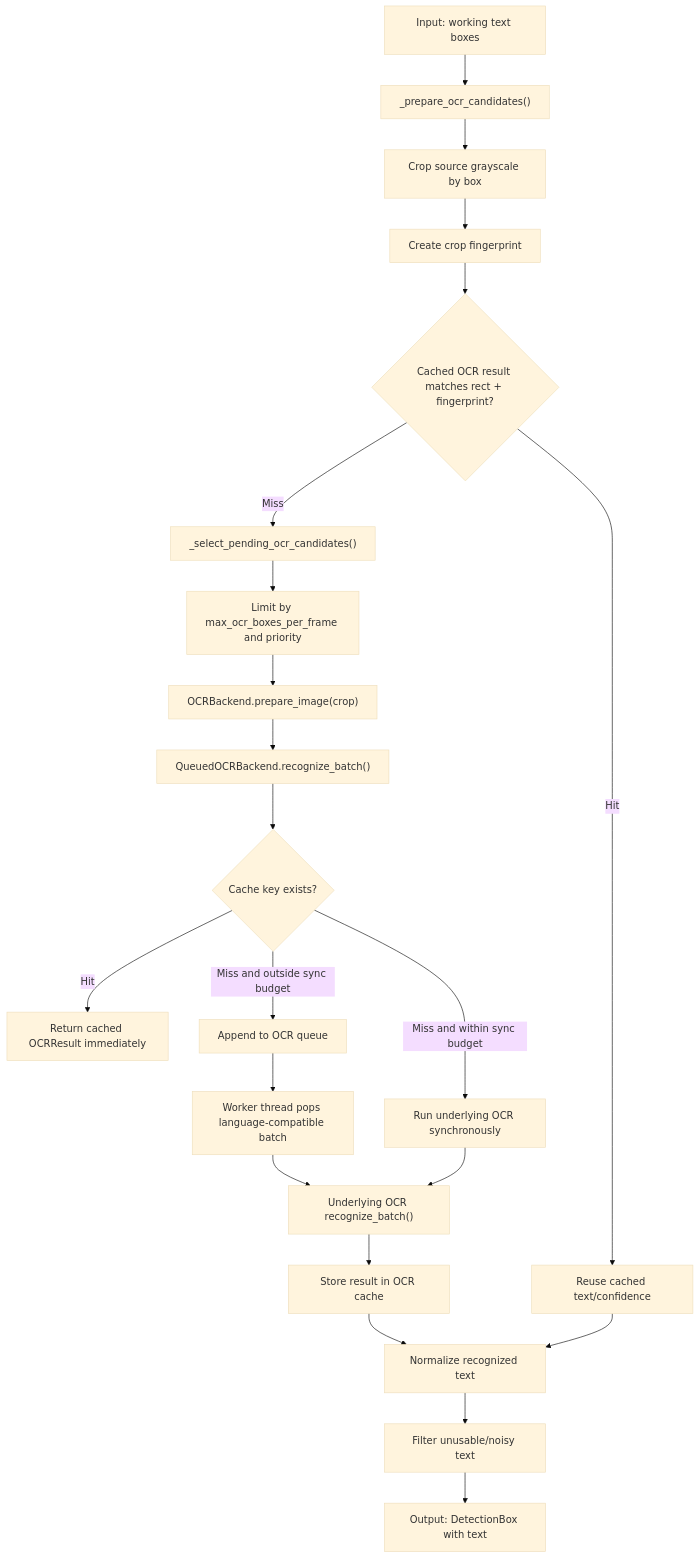
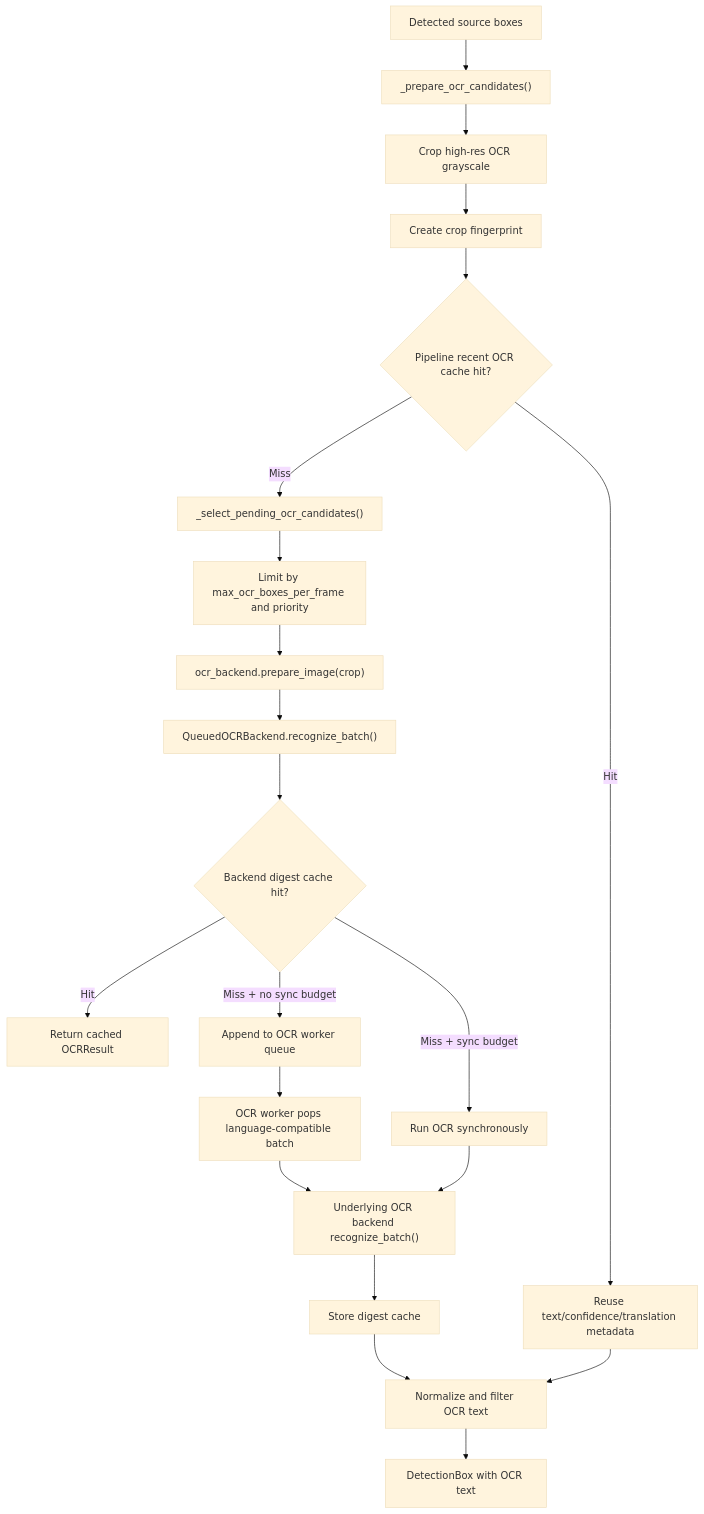
Before and after one commit to BU-Pacharapol-Ardsang/ScreenLens-Detection: the fourth of 9 diagrams in PIPELINE_MERMAID.md, drawn with Mermaid (base theme). The commit also changed other lines of this file and 4 other files, not shown here.

````diff
--- a/PIPELINE_MERMAID.md
+++ b/PIPELINE_MERMAID.md
@@ -143,29 +160,26 @@
 ```mermaid
 flowchart TD
-    A["Input: working text boxes"] --> B["_prepare_ocr_candidates()"]
-    B --> C["Crop source grayscale by box"]
+    A["Detected source boxes"] --> B["_prepare_ocr_candidates()"]
+    B --> C["Crop high-res OCR grayscale"]
     C --> D["Create crop fingerprint"]
-    D --> E{"Cached OCR result matches rect + fingerprint?"}
+    D --> E{"Pipeline recent OCR cache hit?"}
 
-    E -->|Hit| F["Reuse cached text/confidence"]
+    E -->|Hit| F["Reuse text/confidence/translation metadata"]
     E -->|Miss| G["_select_pending_ocr_candidates()"]
-
     G --> H["Limit by max_ocr_boxes_per_frame and priority"]
-    H --> I["OCRBackend.prepare_image(crop)"]
+    H --> I["ocr_backend.prepare_image(crop)"]
     I --> J["QueuedOCRBackend.recognize_batch()"]
 
-    J --> K{"Cache key exists?"}
-    K -->|Hit| L["Return cached OCRResult immediately"]
-    K -->|Miss and within sync budget| M["Run underlying OCR synchronously"]
-    K -->|Miss and outside sync budget| N["Append to OCR queue"]
+    J --> K{"Backend digest cache hit?"}
+    K -->|Hit| L["Return cached OCRResult"]
+    K -->|Miss + sync budget| M["Run OCR synchronously"]
+    K -->|Miss + no sync budget| N["Append to OCR worker queue"]
 
-    N --> O["Worker thread pops language-compatible batch"]
-    O --> P["Underlying OCR recognize_batch()"]
+    N --> O["OCR worker pops language-compatible batch"]
+    O --> P["Underlying OCR backend recognize_batch()"]
     M --> P
-
-    P --> Q["Store result in OCR cache"]
-    Q --> R["Normalize recognized text"]
+    P --> Q["Store digest cache"]
+    Q --> R["Normalize and filter OCR text"]
     F --> R
-    R --> S["Filter unusable/noisy text"]
-    S --> T["Output: DetectionBox with text"]
+    R --> S["DetectionBox with OCR text"]
 ```
````
